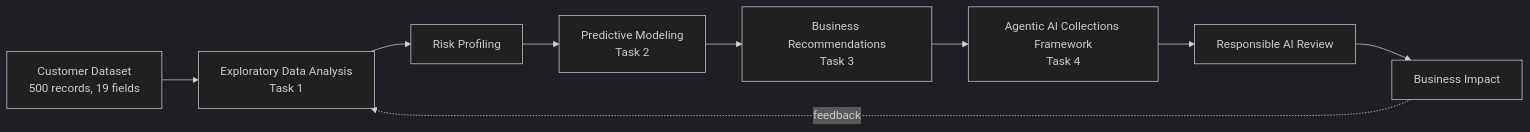
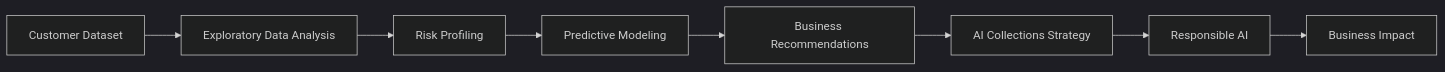
Before and after one commit to lalitpurohit221204/Tata-GenAI-Credit-Card-Delinquency-Prediction: the first of 2 diagrams in README.md, drawn with Mermaid (dark theme). The commit also changed other lines of this file, not shown here.

````diff
--- a/README.md
+++ b/README.md
@@ -52,11 +52,17 @@
 ```mermaid
 flowchart LR
-    A[Customer Dataset<br/>500 records, 19 fields] --> B[Exploratory Data Analysis<br/>Task 1]
-    B --> C[Risk Profiling]
-    C --> D[Predictive Modeling<br/>Task 2]
-    D --> E[Business Recommendations<br/>Task 3]
-    E --> F[Agentic AI Collections Framework<br/>Task 4]
-    F --> G[Responsible AI Review]
-    G --> H[Business Impact]
-    H -.feedback.-> B
+A[Customer Dataset]
+-->B[Exploratory Data Analysis]
+
+B-->C[Risk Profiling]
+
+C-->D[Predictive Modeling]
+
+D-->E[Business Recommendations]
+
+E-->F[AI Collections Strategy]
+
+F-->G[Responsible AI]
+
+G-->H[Business Impact]
 ```
````
